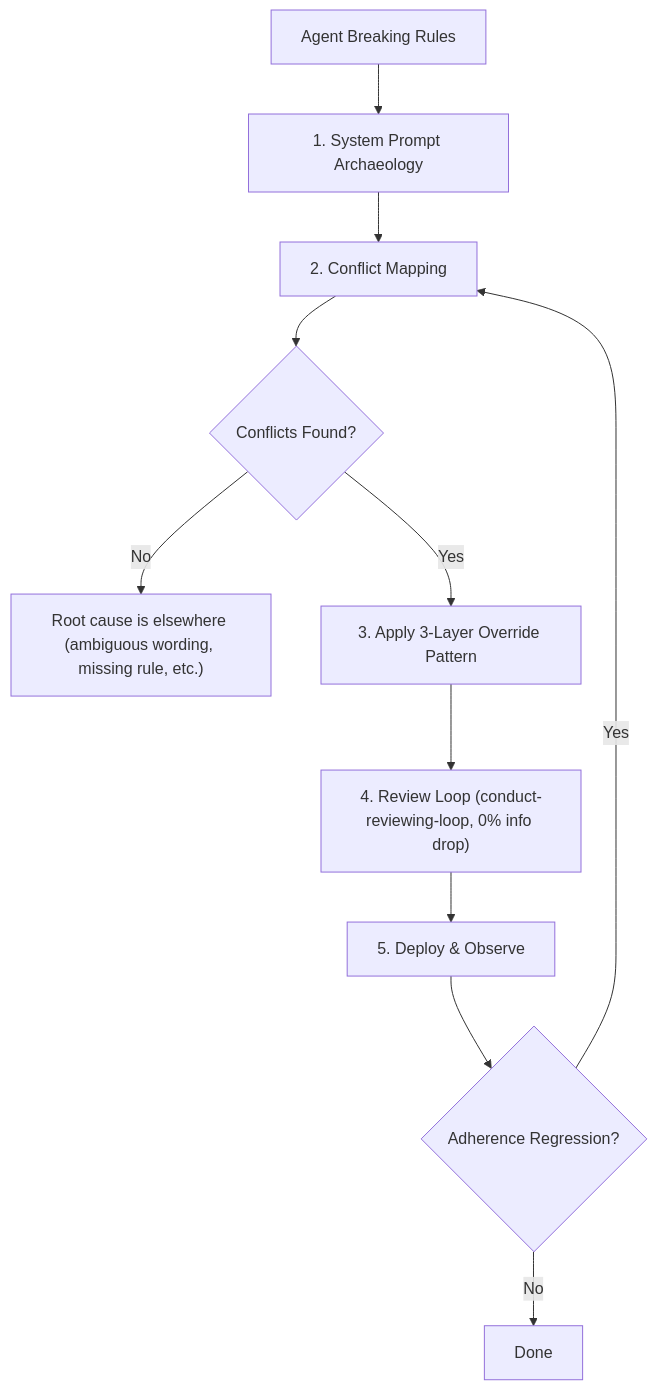
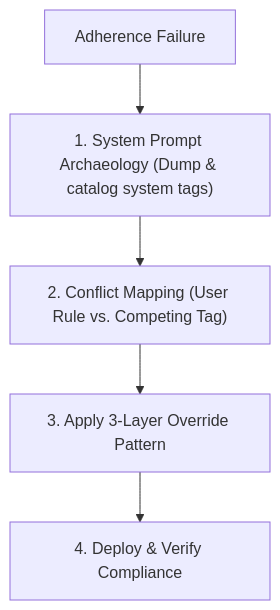
The diagram in .agents/skills/prompt-override-architecture/SKILL.md (loerei/patchitRIGHT), drawn with Mermaid before and after one commit. The commit also changed other lines of this file and 129 other files, not shown here.

````diff
--- a/.agents/skills/prompt-override-architecture/SKILL.md
+++ b/.agents/skills/prompt-override-architecture/SKILL.md
@@ -18,13 +12,7 @@
 ```mermaid
 flowchart TD
-    Start["Agent Breaking Rules"] --> Step1["1. System Prompt Archaeology"]
-    Step1 --> Step2["2. Conflict Mapping"]
-    Step2 --> Decision{"Conflicts Found?"}
-    Decision -->|"No"| RootCause["Root cause is elsewhere (ambiguous wording, missing rule, etc.)"]
-    Decision -->|"Yes"| Step3["3. Apply 3-Layer Override Pattern"]
-    Step3 --> Step4["4. Review Loop (conduct-reviewing-loop, 0% info drop)"]
-    Step4 --> Step5["5. Deploy & Observe"]
-    Step5 --> Regress{"Adherence Regression?"}
-    Regress -->|"Yes"| Step2
-    Regress -->|"No"| Done["Done"]
+    Start["Adherence Failure"] --> TagAudit["1. System Prompt Archaeology (Dump & catalog system tags)"]
+    TagAudit --> ConflictMap["2. Conflict Mapping (User Rule vs. Competing Tag)"]
+    ConflictMap --> Apply3Layer["3. Apply 3-Layer Override Pattern"]
+    Apply3Layer --> Deploy["4. Deploy & Verify Compliance"]
 ```
````
